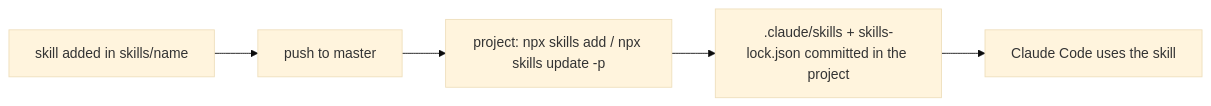
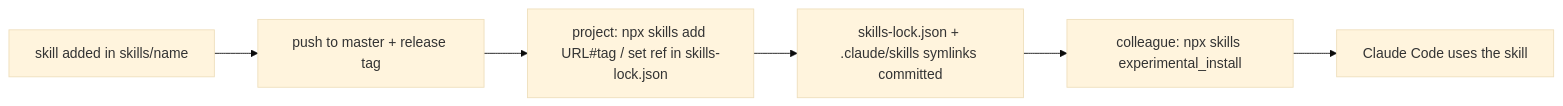
One commit to avkozyr/magento-commit-gate-claude changed the diagram in README.md. Above: the diagram before and after it, drawn with Mermaid (base theme). The commit also changed other lines of this file and 1 other file, not shown here.

First line of the commit message:
docs: pin skills to a release tag via skills-lock.json

````diff
--- a/README.md
+++ b/README.md
@@ -79,7 +81,8 @@
 ```mermaid
 flowchart LR
-    A[skill added in skills/name] --> B[push to master]
-    B --> C[project: npx skills add / npx skills update -p]
-    C --> D[.claude/skills + skills-lock.json committed in the project]
-    D --> E[Claude Code uses the skill]
+    A[skill added in skills/name] --> B[push to master + release tag]
+    B --> C[project: npx skills add URL#tag / set ref in skills-lock.json]
+    C --> D[skills-lock.json + .claude/skills symlinks committed]
+    D --> E[colleague: npx skills experimental_install]
+    E --> F[Claude Code uses the skill]
 ```
````
